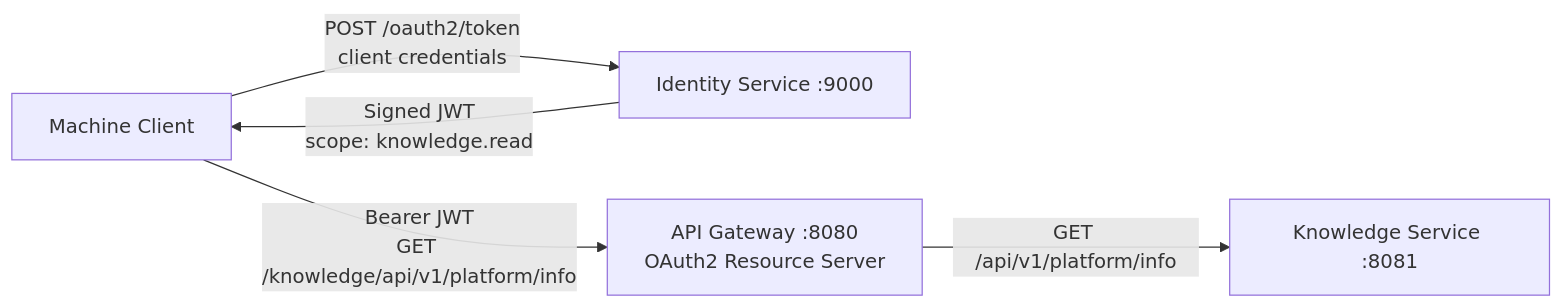
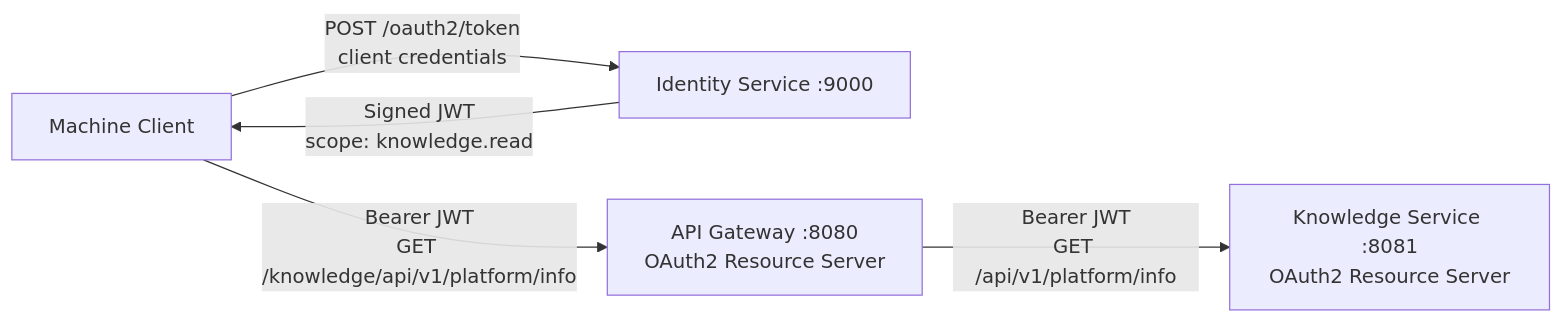
The diagram in docs/architecture.md (dkghosh2019/enterprise-ai-knowledge-platform), drawn with Mermaid before and after one commit. The commit also changed other lines of this file and 9 other files, not shown here.

Commit message:
Secure knowledge service with JWT authorization

````diff
--- a/docs/architecture.md
+++ b/docs/architecture.md
@@ -5,7 +5,7 @@
 ```mermaid
 flowchart LR
     Client["Machine Client"] -->|"POST /oauth2/token<br/>client credentials"| Identity["Identity Service :9000"]
     Identity -->|"Signed JWT<br/>scope: knowledge.read"| Client
     Client -->|"Bearer JWT<br/>GET /knowledge/api/v1/platform/info"| Gateway["API Gateway :8080<br/>OAuth2 Resource Server"]
-    Gateway -->|"GET /api/v1/platform/info"| Knowledge["Knowledge Service :8081"]
+    Gateway -->|"Bearer JWT<br/>GET /api/v1/platform/info"| Knowledge["Knowledge Service :8081<br/>OAuth2 Resource Server"]
 ```
````
